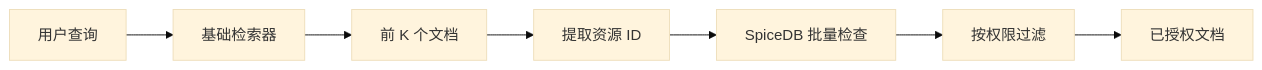
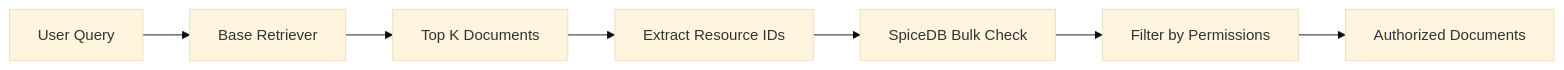
One commit to kunfan96/cndocs-langchain changed the diagram in oss/python/integrations/retrievers/spicedb.mdx. Above: the diagram before and after it, drawn with Mermaid (base theme). The commit also changed other lines of this file and 2538 other files, not shown here.

````diff
--- a/oss/python/integrations/retrievers/spicedb.mdx
+++ b/oss/python/integrations/retrievers/spicedb.mdx
@@ -246,9 +247,9 @@
 ```mermaid
 graph LR
-    A[用户查询] --> B[基础检索器]
-    B --> C[前 K 个文档]
-    C --> D[提取资源 ID]
-    D --> E[SpiceDB 批量检查]
-    E --> F[按权限过滤]
-    F --> G[已授权文档]
+    A[User Query] --> B[Base Retriever]
+    B --> C[Top K Documents]
+    C --> D[Extract Resource IDs]
+    D --> E[SpiceDB Bulk Check]
+    E --> F[Filter by Permissions]
+    F --> G[Authorized Documents]
 ```
````
